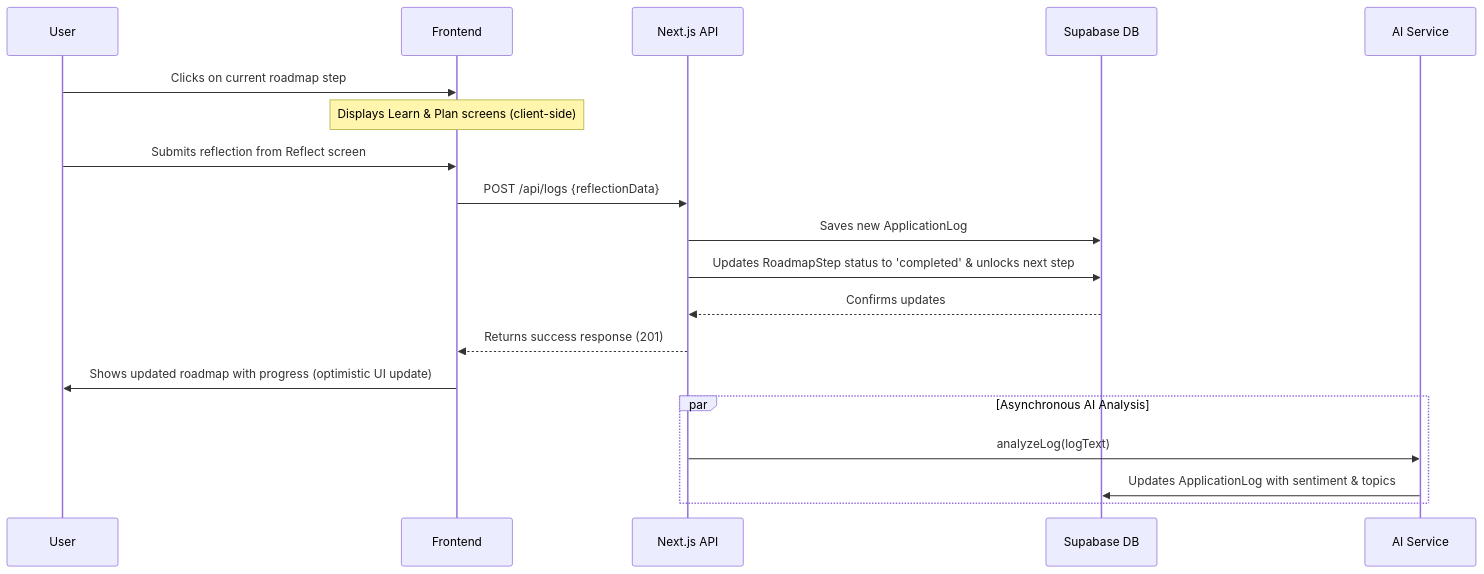
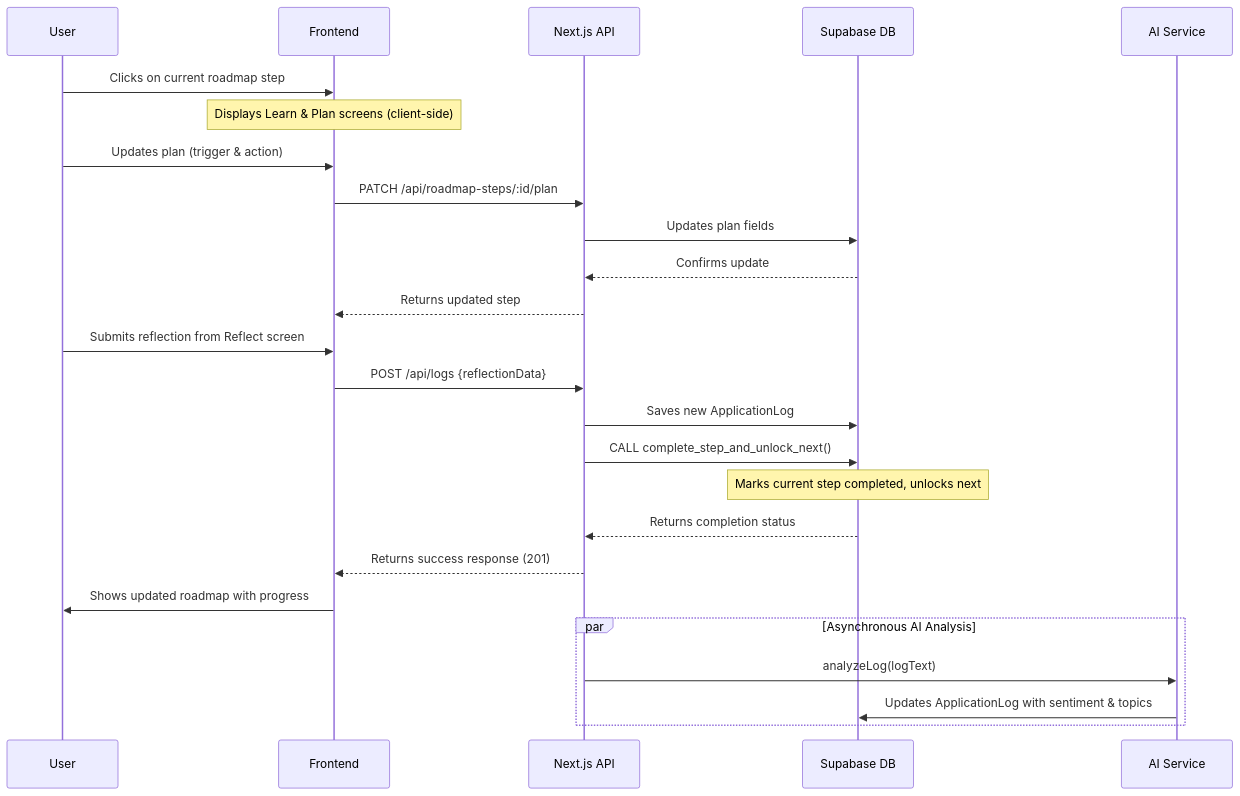
Before and after one commit to dhargitai/lattixiq: the fifth of 8 diagrams in docs/architecture/6-core-workflows.md, drawn with Mermaid. The commit also changed other lines of this file and 4 other files, not shown here.

Commit message:
Update architecture docs to remove localStorage references and switch to database-only approach

````diff
--- a/docs/architecture/6-core-workflows.md
+++ b/docs/architecture/6-core-workflows.md
@@ -101,25 +193,33 @@
 ```mermaid
 sequenceDiagram
     participant User
     participant Frontend
     participant APIRoutes as Next.js API
     participant SupabaseDB as Supabase DB
     participant AIService as AI Service
 
     User->>Frontend: Clicks on current roadmap step
     Note over Frontend: Displays Learn & Plan screens (client-side)
+
+    User->>Frontend: Updates plan (trigger & action)
+    Frontend->>APIRoutes: PATCH /api/roadmap-steps/:id/plan
+    APIRoutes->>SupabaseDB: Updates plan fields
+    SupabaseDB-->>APIRoutes: Confirms update
+    APIRoutes-->>Frontend: Returns updated step
+
     User->>Frontend: Submits reflection from Reflect screen
-
     Frontend->>APIRoutes: POST /api/logs {reflectionData}
     APIRoutes->>SupabaseDB: Saves new ApplicationLog
-    APIRoutes->>SupabaseDB: Updates RoadmapStep status to 'completed' & unlocks next step
-    SupabaseDB-->>APIRoutes: Confirms updates
+
+    APIRoutes->>SupabaseDB: CALL complete_step_and_unlock_next()
+    Note over SupabaseDB: Marks current step completed, unlocks next
+    SupabaseDB-->>APIRoutes: Returns completion status
 
     APIRoutes-->>Frontend: Returns success response (201)
-    Frontend->>User: Shows updated roadmap with progress (optimistic UI update)
+    Frontend->>User: Shows updated roadmap with progress
 
     par Asynchronous AI Analysis
         APIRoutes->>AIService: analyzeLog(logText)
         AIService->>SupabaseDB: Updates ApplicationLog with sentiment & topics
     end
 ```
````
